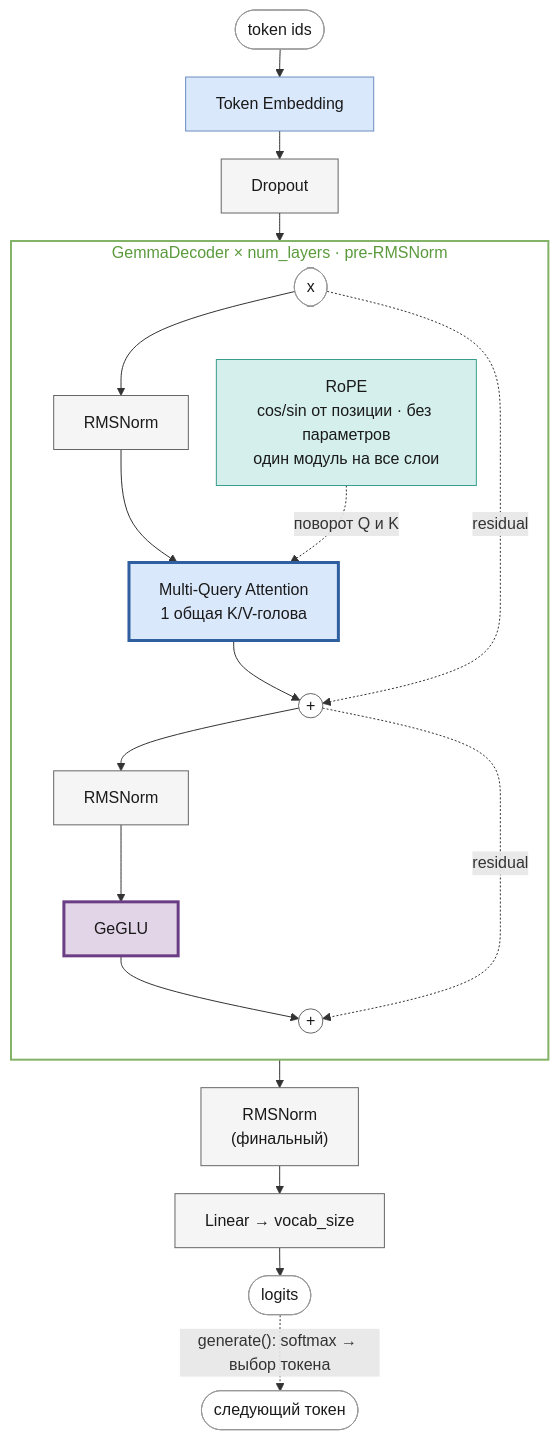
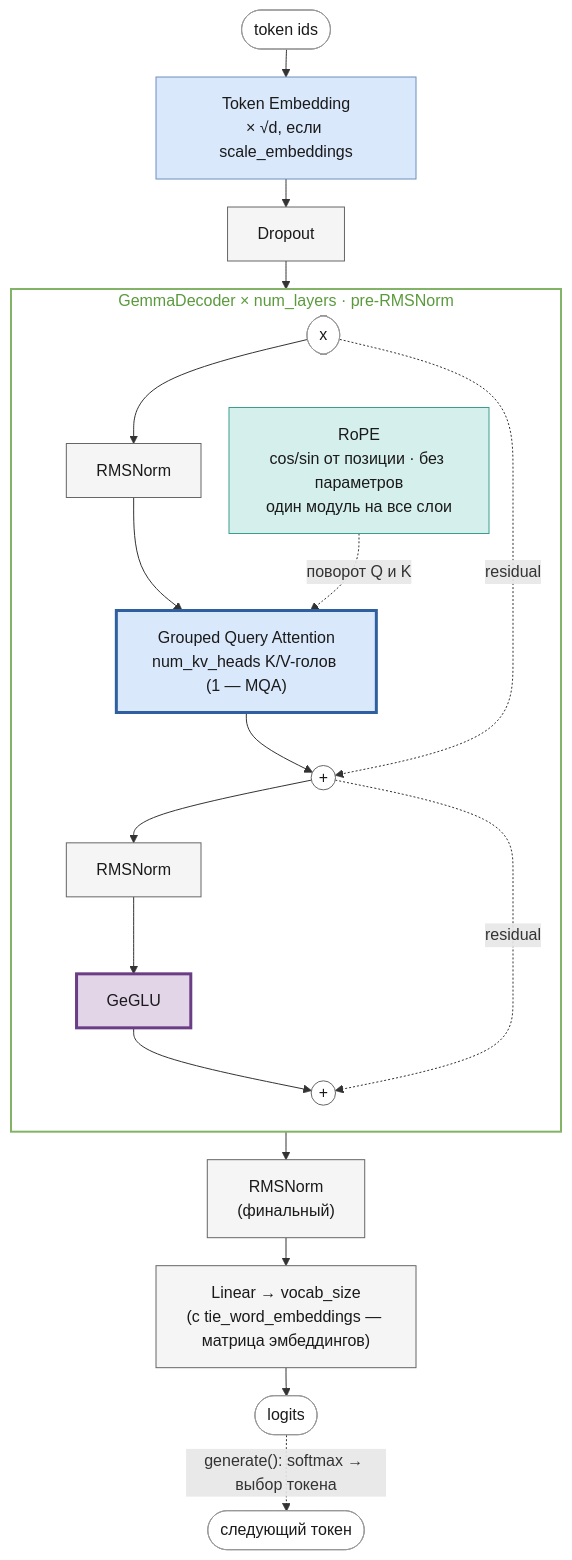
The diagram in docs/gemma.md (pese-git/llm-arch-research), drawn with Mermaid before and after one commit. The commit also changed other lines of this file and 12 other files, not shown here.

````diff
--- a/docs/gemma.md
+++ b/docs/gemma.md
@@ -14,37 +14,37 @@
 ```mermaid
 %%{init: {"flowchart": {"rankSpacing": 28, "nodeSpacing": 28}}}%%
 flowchart TB
-    Ids(["token ids"]):::io --> TokEmb["Token Embedding"]:::blue
+    Ids(["token ids"]):::io --> TokEmb["Token Embedding<br/>× √d, если scale_embeddings"]:::blue
     TokEmb --> Drop["Dropout"]:::gray
     subgraph Dec["GemmaDecoder × num_layers · pre-RMSNorm"]
         direction TB
         X(["x"]):::io --> N1["RMSNorm"]:::gray
-        N1 --> Attn["Multi-Query Attention<br/>1 общая K/V-голова"]:::blueHl
+        N1 --> Attn["Grouped Query Attention<br/>num_kv_heads K/V-голов (1 — MQA)"]:::blueHl
         R["RoPE<br/>cos/sin от позиции · без параметров<br/>один модуль на все слои"]:::rope
         R -. "поворот Q и K" .-> Attn
         Attn --> A1(("+")):::add
         X -. residual .-> A1
         A1 --> N2["RMSNorm"]:::gray
         N2 --> FFN["GeGLU"]:::purpleHl
         FFN --> A2(("+")):::add
         A1 -. residual .-> A2
     end
     Drop --> Dec
     Dec --> NF["RMSNorm<br/>(финальный)"]:::gray --> Lin
-    Lin["Linear → vocab_size"]:::gray --> Out(["logits"]):::io
+    Lin["Linear → vocab_size<br/>(с tie_word_embeddings — матрица эмбеддингов)"]:::gray --> Out(["logits"]):::io
     Out -. "generate(): softmax → выбор токена" .-> Next(["следующий токен"]):::io
     style Dec fill:transparent,stroke:#82b366,stroke-width:2px,color:#5b9a3c
 
     classDef io fill:#ffffff,stroke:#999999,color:#1a1a1a;
     classDef add fill:#ffffff,stroke:#666666,color:#1a1a1a;
     classDef blue fill:#dae8fc,stroke:#6c8ebf,color:#1a1a1a;
     classDef blueHl fill:#dae8fc,stroke:#2f5f9e,stroke-width:3px,color:#1a1a1a;
     classDef purple fill:#e1d5e7,stroke:#9673a6,color:#1a1a1a;
     classDef purpleHl fill:#e1d5e7,stroke:#6a3d85,stroke-width:3px,color:#1a1a1a;
     classDef gray fill:#f5f5f5,stroke:#666666,color:#1a1a1a;
     classDef grayHl fill:#f5f5f5,stroke:#333333,stroke-width:3px,color:#1a1a1a;
     classDef gold fill:#fff2cc,stroke:#d6b656,color:#1a1a1a;
     classDef rope fill:#d5f0ec,stroke:#3a9e8f,color:#1a1a1a;
     classDef ropeHl fill:#d5f0ec,stroke:#1f6f63,stroke-width:3px,color:#1a1a1a;
     classDef dim fill:#f5f5f5,stroke:#bbbbbb,color:#999999,stroke-dasharray:4 3;
 ```
````
